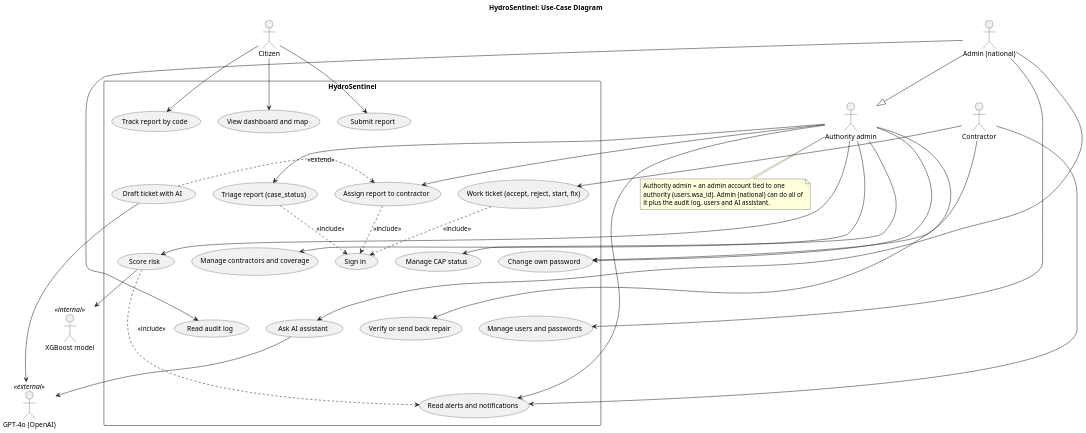
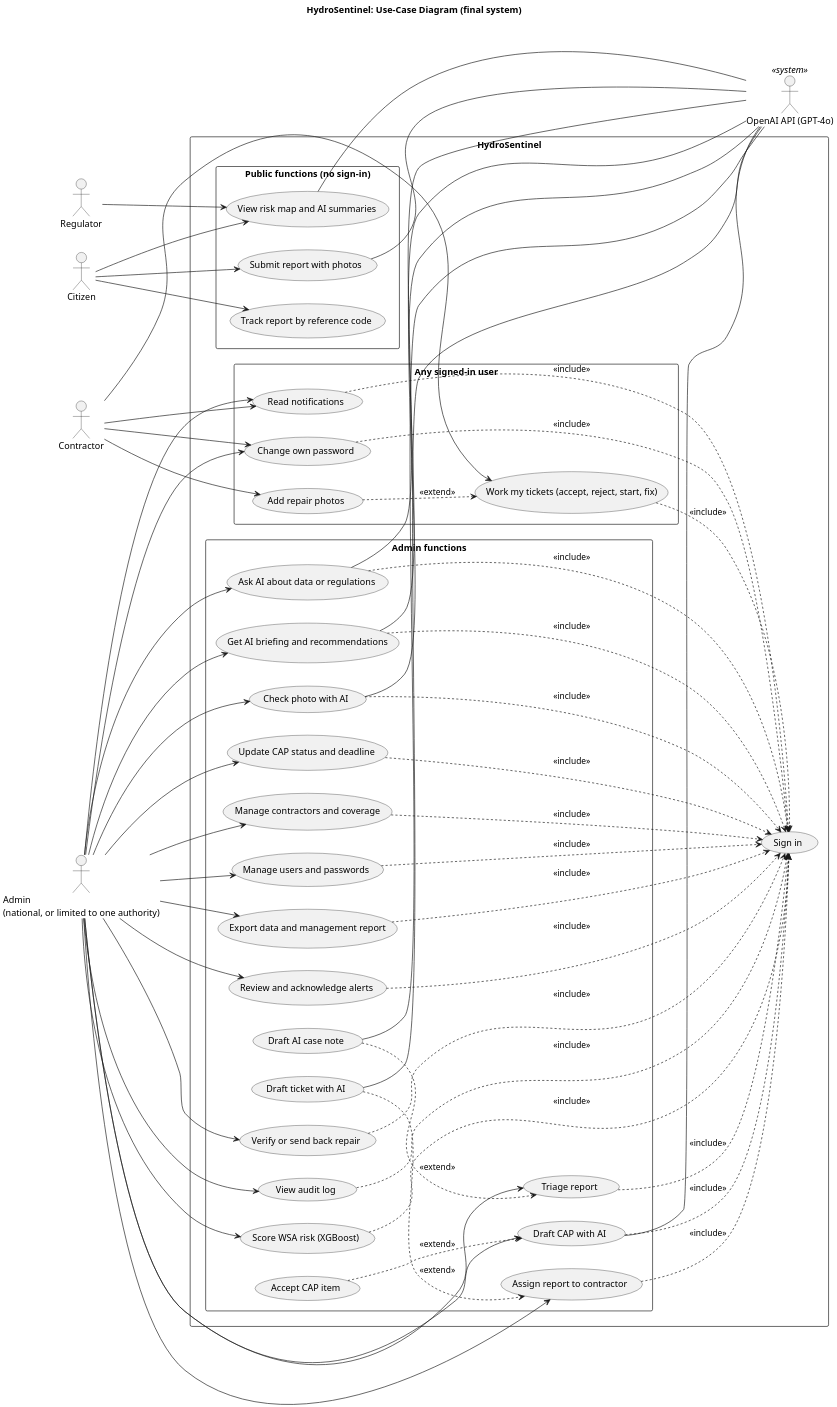
The diagram in docs/a5/uml/ISJ107V_A5_Q3.1_UseCase.puml (Malodeity/hydrosentinel), drawn with PlantUML before and after one commit. The commit also changed 43 other files, not shown here.

First line of the commit message:
Docs: new UML diagrams in the A4 style, updated report, slides, requirements, evidence and UAT results

```diff
--- a/docs/a5/uml/ISJ107V_A5_Q3.1_UseCase.puml
+++ b/docs/a5/uml/ISJ107V_A5_Q3.1_UseCase.puml
@@ -1,79 +1,105 @@
 @startuml
+' Editable source of the use-case diagram. The picture in the report and slides is drawn by gen_usecase.py in the same layout as Assignment 4.
 skinparam shadowing false
-skinparam dpi 150
+skinparam dpi 200
 skinparam defaultFontName Helvetica
 skinparam packageStyle rectangle
-top to bottom direction
-title HydroSentinel: Use-Case Diagram
+left to right direction
+title HydroSentinel: Use-Case Diagram (final system)
 
-actor "Citizen" as Citizen
-actor "Authority admin" as AuthAdmin
-actor "Admin (national)" as Admin
-actor "Contractor" as Contractor
-actor "GPT-4o (OpenAI)" as GPT <<external>>
-actor "XGBoost model" as ML <<internal>>
+actor "Regulator" as Reg
+actor "Citizen" as Cit
+actor "Contractor" as Con
+actor "Admin\n(national, or limited to one authority)" as Adm
+actor "OpenAI API (GPT-4o)" as GPT <<system>>
 
 rectangle "HydroSentinel" {
-  usecase "View dashboard and map" as UC1
-  usecase "Submit report" as UC2
-  usecase "Track report by code" as UC3
-  usecase "Sign in" as UC4
-  usecase "Triage report (case_status)" as UC5
-  usecase "Assign report to contractor" as UC6
-  usecase "Draft ticket with AI" as UC7
-  usecase "Verify or send back repair" as UC8
-  usecase "Work ticket (accept, reject, start, fix)" as UC9
-  usecase "Manage contractors and coverage" as UC10
-  usecase "Manage CAP status" as UC11
-  usecase "Score risk" as UC12
-  usecase "Read alerts and notifications" as UC13
-  usecase "Read audit log" as UC14
-  usecase "Manage users and passwords" as UC15
-  usecase "Ask AI assistant" as UC16
-  usecase "Change own password" as UC17
+  rectangle "Public functions (no sign-in)" {
+    usecase "View risk map and AI summaries" as U1
+    usecase "Submit report with photos" as U2
+    usecase "Track report by reference code" as U3
+  }
+  rectangle "Any signed-in user" {
+    usecase "Work my tickets (accept, reject, start, fix)" as U4
+    usecase "Add repair photos" as U5
+    usecase "Read notifications" as U6
+    usecase "Change own password" as U7
+  }
+  rectangle "Admin functions" {
+    usecase "Triage report" as A1
+    usecase "Draft AI case note" as A2
+    usecase "Assign report to contractor" as A3
+    usecase "Draft ticket with AI" as A4
+    usecase "Verify or send back repair" as A5
+    usecase "Check photo with AI" as A6
+    usecase "Score WSA risk (XGBoost)" as A7
+    usecase "Update CAP status and deadline" as A8
+    usecase "Draft CAP with AI" as A9
+    usecase "Accept CAP item" as A10
+    usecase "Manage contractors and coverage" as A11
+    usecase "Ask AI about data or regulations" as A12
+    usecase "Get AI briefing and recommendations" as A13
+    usecase "Review and acknowledge alerts" as A14
+    usecase "View audit log" as A15
+    usecase "Manage users and passwords" as A16
+    usecase "Export data and management report" as A17
+  }
+  usecase "Sign in" as SI
 }
 
-Citizen --> UC1
-Citizen --> UC2
-Citizen --> UC3
-AuthAdmin --> UC5
-AuthAdmin --> UC6
-AuthAdmin --> UC8
-AuthAdmin --> UC10
-AuthAdmin --> UC11
-AuthAdmin --> UC12
-AuthAdmin --> UC13
-AuthAdmin --> UC17
-Admin --|> AuthAdmin
-Admin --> UC14
-Admin --> UC15
-Admin --> UC16
-Contractor --> UC9
-Contractor --> UC13
-Contractor --> UC17
-UC5 ..> UC4 : <<include>>
-UC6 ..> UC4 : <<include>>
-UC9 ..> UC4 : <<include>>
-UC7 .> UC6 : <<extend>>
-UC12 ..> UC13 : <<include>>
-UC7 --> GPT
-UC16 --> GPT
-UC12 --> ML
-UC1 -[hidden]down- UC5
-UC2 -[hidden]down- UC6
-UC3 -[hidden]down- UC7
-UC4 -[hidden]down- UC8
-UC5 -[hidden]down- UC10
-UC6 -[hidden]down- UC11
-UC7 -[hidden]down- UC12
-UC8 -[hidden]down- UC13
-UC9 -[hidden]down- UC17
-UC10 -[hidden]down- UC14
-UC11 -[hidden]down- UC15
-UC12 -[hidden]down- UC16
-note bottom of AuthAdmin
-  Authority admin = an admin account tied to one
-  authority (users.wsa_id). Admin (national) can do all of
-  it plus the audit log, users and AI assistant.
-end note
+Reg --> U1
+Cit --> U1
+Cit --> U2
+Cit --> U3
+Con --> U4
+Con --> U5
+Con --> U6
+Con --> U7
+Adm --> U6
+Adm --> U7
+Adm --> A1
+Adm --> A3
+Adm --> A5
+Adm --> A6
+Adm --> A7
+Adm --> A8
+Adm --> A9
+Adm --> A11
+Adm --> A12
+Adm --> A13
+Adm --> A14
+Adm --> A15
+Adm --> A16
+Adm --> A17
+
+A2 ..> A1 : <<extend>>
+A4 ..> A3 : <<extend>>
+A10 ..> A9 : <<extend>>
+U5 ..> U4 : <<extend>>
+U4 ..> SI : <<include>>
+U6 ..> SI : <<include>>
+U7 ..> SI : <<include>>
+A1 ..> SI : <<include>>
+A3 ..> SI : <<include>>
+A5 ..> SI : <<include>>
+A6 ..> SI : <<include>>
+A7 ..> SI : <<include>>
+A8 ..> SI : <<include>>
+A9 ..> SI : <<include>>
+A11 ..> SI : <<include>>
+A12 ..> SI : <<include>>
+A13 ..> SI : <<include>>
+A14 ..> SI : <<include>>
+A15 ..> SI : <<include>>
+A16 ..> SI : <<include>>
+A17 ..> SI : <<include>>
+
+U1 -- GPT
+U2 -- GPT
+A2 -- GPT
+A4 -- GPT
+A6 -- GPT
+A9 -- GPT
+A12 -- GPT
+A13 -- GPT
 @enduml
```
